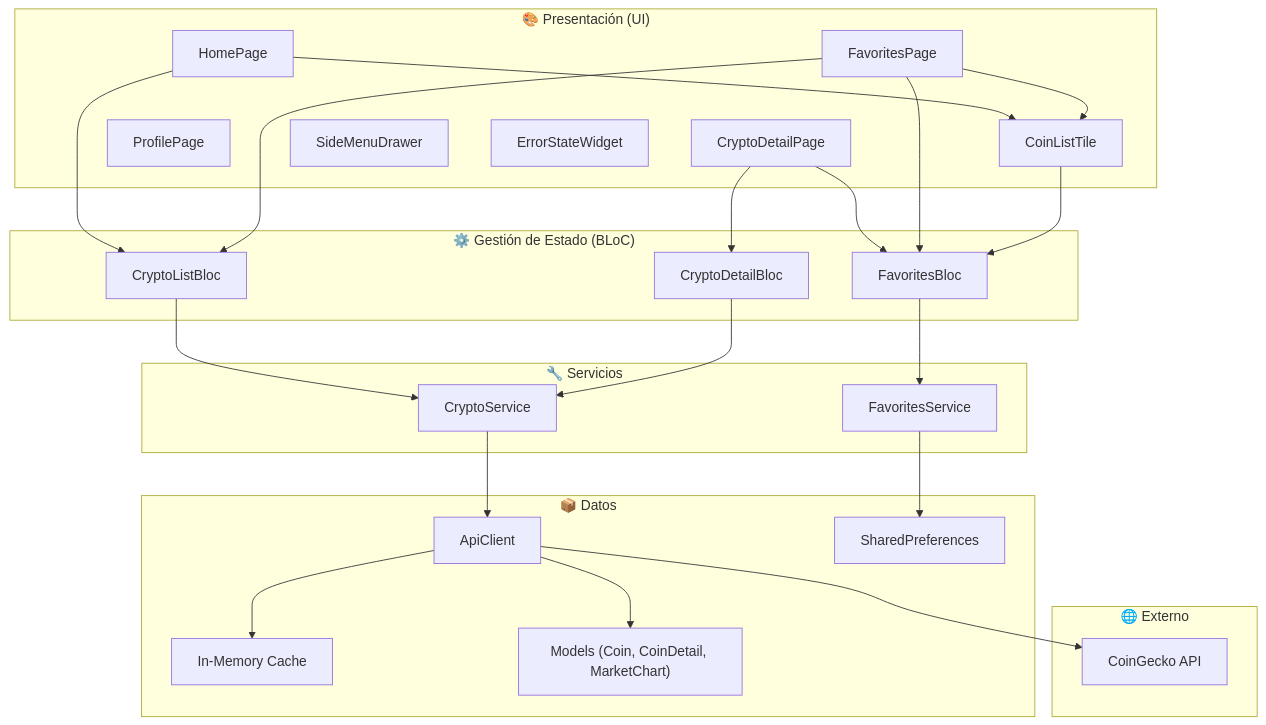
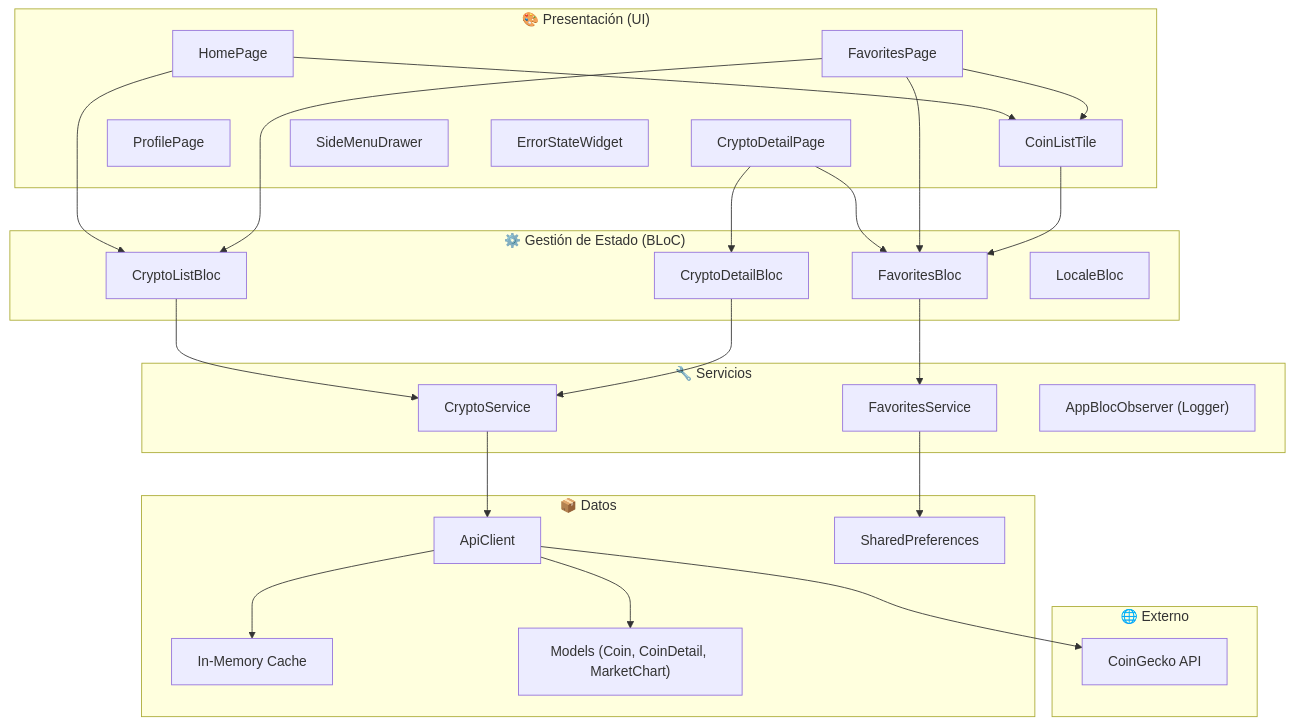
The first of 10 diagrams in Docs_and_architecture_diagrams.md (orl99/crypto_tracker_lite), drawn with Mermaid before and after one commit. The commit also changed other lines of this file and 5 other files, not shown here.

````diff
--- a/Docs_and_architecture_diagrams.md
+++ b/Docs_and_architecture_diagrams.md
@@ -45,54 +52,56 @@
 ```mermaid
 graph TD
     subgraph UI["🎨 Presentación (UI)"]
         HP["HomePage"]
         DP["CryptoDetailPage"]
         FP["FavoritesPage"]
         PP["ProfilePage"]
         CLT["CoinListTile"]
         SMD["SideMenuDrawer"]
         ESW["ErrorStateWidget"]
     end
 
     subgraph STATE["⚙️ Gestión de Estado (BLoC)"]
         CLB["CryptoListBloc"]
         CDB["CryptoDetailBloc"]
         FB["FavoritesBloc"]
+        LB["LocaleBloc"]
     end
 
     subgraph SERVICES["🔧 Servicios"]
         CS["CryptoService"]
         FS["FavoritesService"]
+        OBS["AppBlocObserver (Logger)"]
     end
 
     subgraph DATA["📦 Datos"]
         AC["ApiClient"]
         SP["SharedPreferences"]
         CACHE["In-Memory Cache"]
         MODELS["Models (Coin, CoinDetail, MarketChart)"]
     end
 
     subgraph EXTERNAL["🌐 Externo"]
         API["CoinGecko API"]
     end
 
     HP --> CLB
     HP --> CLT
     DP --> CDB
     DP --> FB
     FP --> CLB
     FP --> FB
     FP --> CLT
     CLT --> FB
 
     CLB --> CS
     CDB --> CS
     FB --> FS
 
     CS --> AC
     FS --> SP
 
     AC --> CACHE
     AC --> API
     AC --> MODELS
 ```
````
